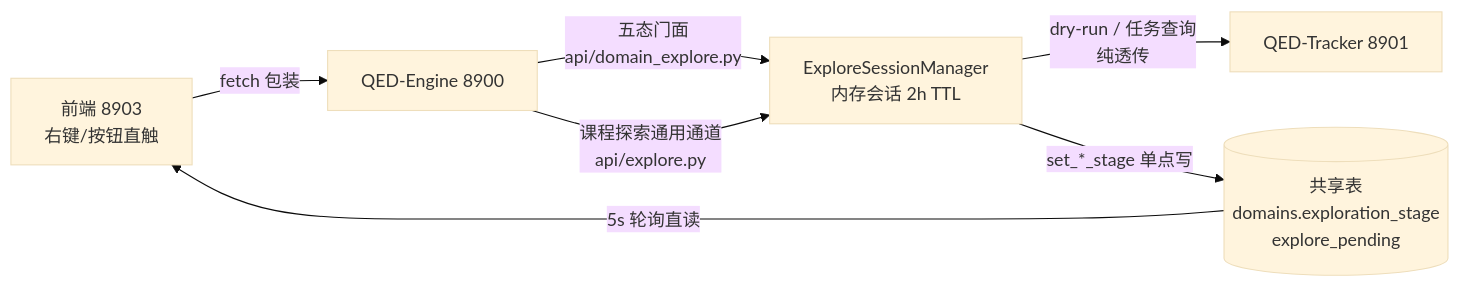
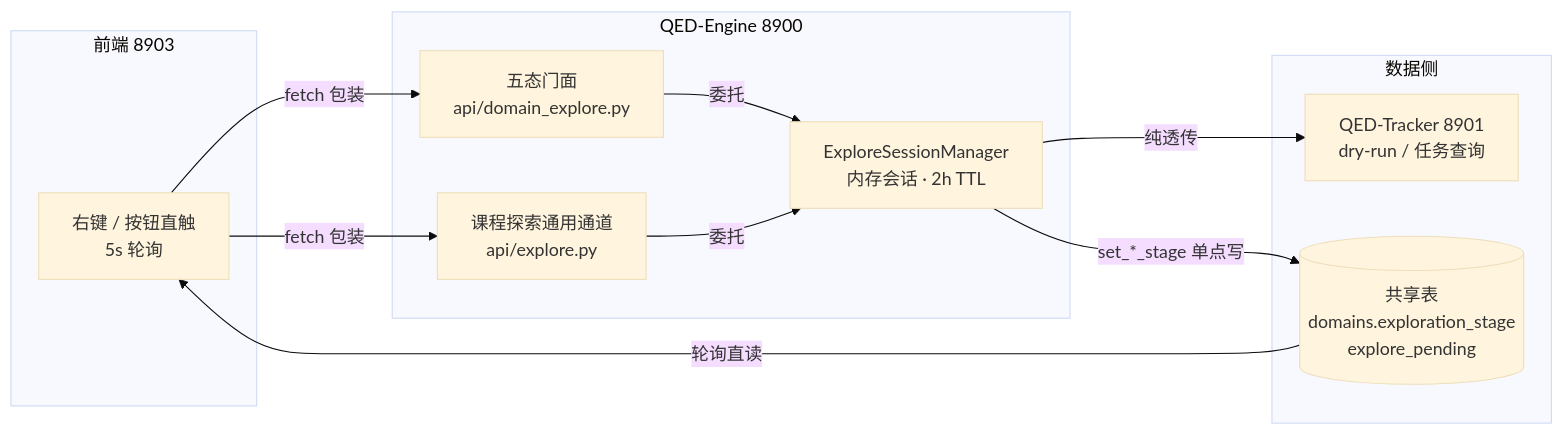
Before and after one commit to swfswf1234/QED-Engine: the first of 5 diagrams in docs/design/downloads-flow.md, drawn with Mermaid (base theme). The commit also changed other lines of this file and 42 other files, not shown here.

````diff
--- a/docs/design/downloads-flow.md
+++ b/docs/design/downloads-flow.md
@@ -26,9 +27,22 @@
 ```mermaid
 flowchart LR
-    UI[前端 8903<br/>右键/按钮直触] -->|fetch 包装| ENG[QED-Engine 8900]
-    ENG -->|五态门面<br/>api/domain_explore.py| MGR[ExploreSessionManager<br/>内存会话 2h TTL]
-    ENG -->|课程探索通用通道<br/>api/explore.py| MGR
-    MGR -->|dry-run / 任务查询<br/>纯透传| TK[QED-Tracker 8901]
-    MGR -->|set_*_stage 单点写| DB[(共享表<br/>domains.exploration_stage<br/>explore_pending)]
-    DB -->|5s 轮询直读| UI
+    subgraph FE["前端 8903"]
+        UI["右键 / 按钮直触<br/>5s 轮询"]
+    end
+    subgraph ENG["QED-Engine 8900"]
+        DE["五态门面<br/>api/domain_explore.py"]
+        EX["课程探索通用通道<br/>api/explore.py"]
+        MGR["ExploreSessionManager<br/>内存会话 · 2h TTL"]
+    end
+    subgraph TKDB["数据侧"]
+        TK["QED-Tracker 8901<br/>dry-run / 任务查询"]
+        DB[("共享表<br/>domains.exploration_stage<br/>explore_pending")]
+    end
+    UI -->|"fetch 包装"| DE
+    UI -->|"fetch 包装"| EX
+    DE -->|委托| MGR
+    EX -->|委托| MGR
+    MGR -->|"纯透传"| TK
+    MGR -->|"set_*_stage 单点写"| DB
+    DB -->|"轮询直读"| UI
 ```
````
